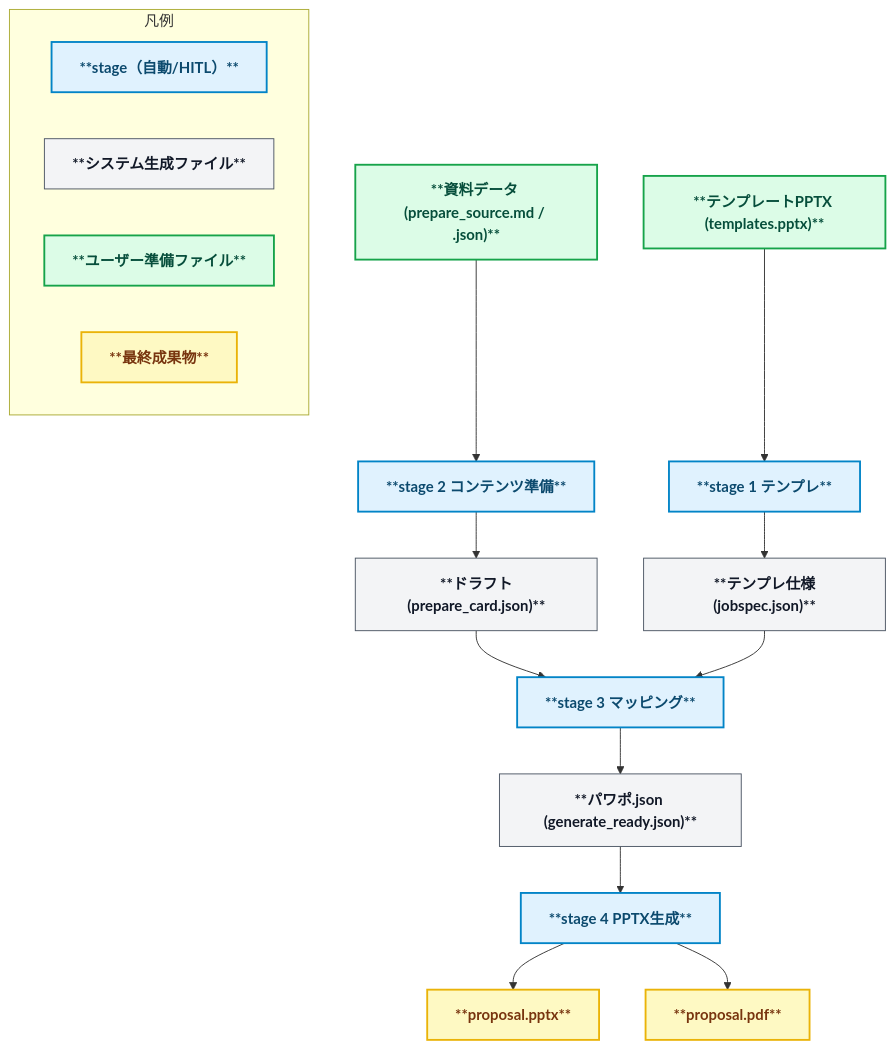
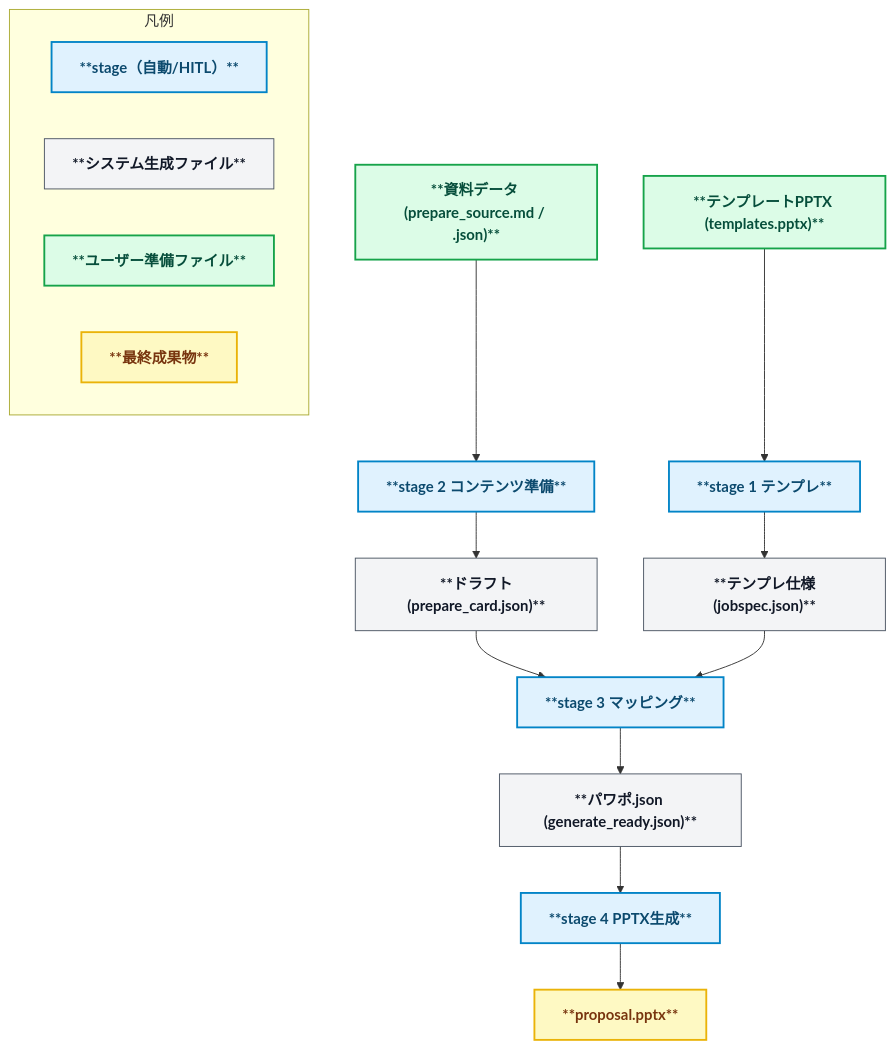
One commit to yurake/pptx_generator changed the first of 2 diagrams in README.md. Above: the diagram before and after it, drawn with Mermaid. The commit also changed other lines of this file, not shown here.

````diff
--- a/README.md
+++ b/README.md
@@ -45,36 +45,35 @@
 ```mermaid
 flowchart TD
   %% ======= Styles =======
   classDef stage fill:#e0f2fe,stroke:#0284c7,stroke-width:2px,color:#0c4a6e,font-weight:bold;
   classDef file fill:#f3f4f6,stroke:#4b5563,stroke-width:1px,color:#111827,font-weight:bold;
   classDef userfile fill:#dcfce7,stroke:#16a34a,stroke-width:2px,color:#064e3b,font-weight:bold;
   classDef final fill:#fef9c3,stroke:#eab308,stroke-width:2px,color:#78350f,font-weight:bold;
 
   %% ======= Stage 1 =======
   Tmpl["**テンプレートPPTX (templates.pptx)**"]:::userfile --> S1["**stage 1 テンプレ**"]:::stage
   S1 --> Jobspec["**テンプレ仕様(jobspec.json)**"]:::file
 
   %% ======= Stage 2 =======
   Prepare["**資料データ (prepare_source.md / .json)**"]:::userfile --> S2["**stage 2 コンテンツ準備**"]:::stage
   S2 --> PrepareCards["**ドラフト(prepare_card.json)**"]:::file
   PrepareCards --> S3
 
   %% ======= Stage 3 =======
   S3["**stage 3 マッピング**"]:::stage
   Jobspec --> S3
   S3 --> Ready["**パワポ.json (generate_ready.json)**"]:::file
 
   %% ======= Stage 4 =======
   Ready --> S4["**stage 4 PPTX生成**"]:::stage
   S4 --> PPTX["**proposal.pptx**"]:::final
-  S4 --> PDF["**proposal.pdf**"]:::final
 
   %% ======= Legend =======
   subgraph Legend[凡例]
     direction LR
     A1["**stage（自動/HITL）**"]:::stage
     A2["**システム生成ファイル**"]:::file
     A3["**ユーザー準備ファイル**"]:::userfile
     A4["**最終成果物**"]:::final
   end
 ```
````
